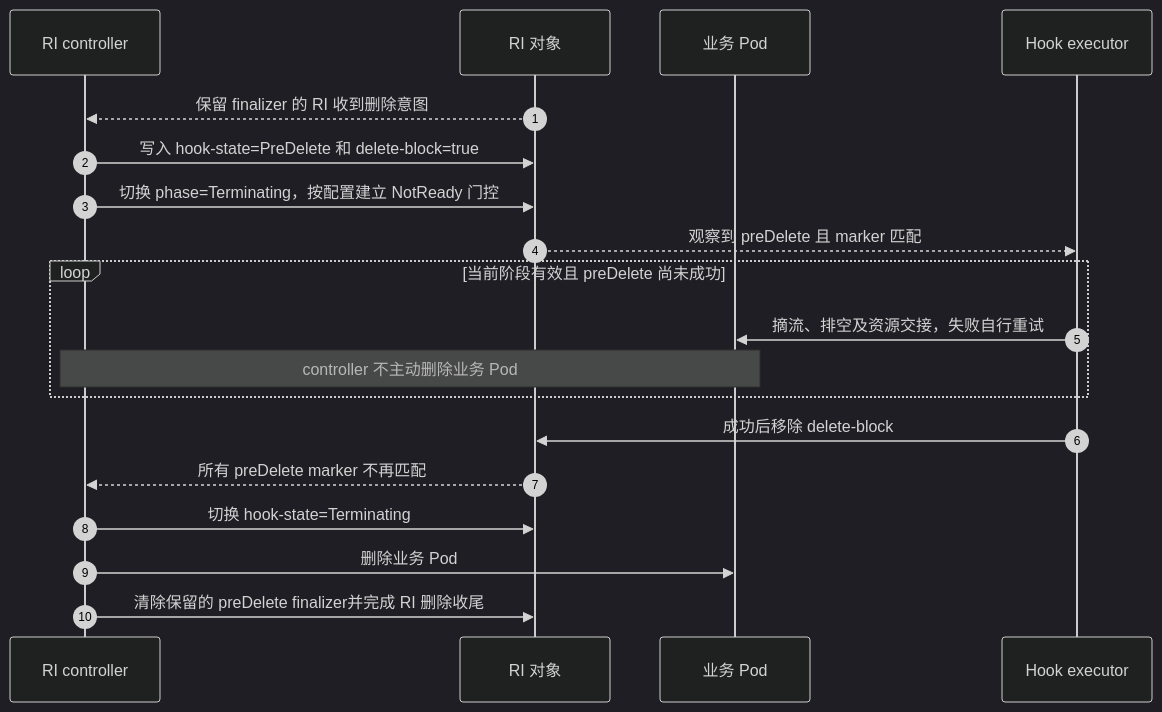
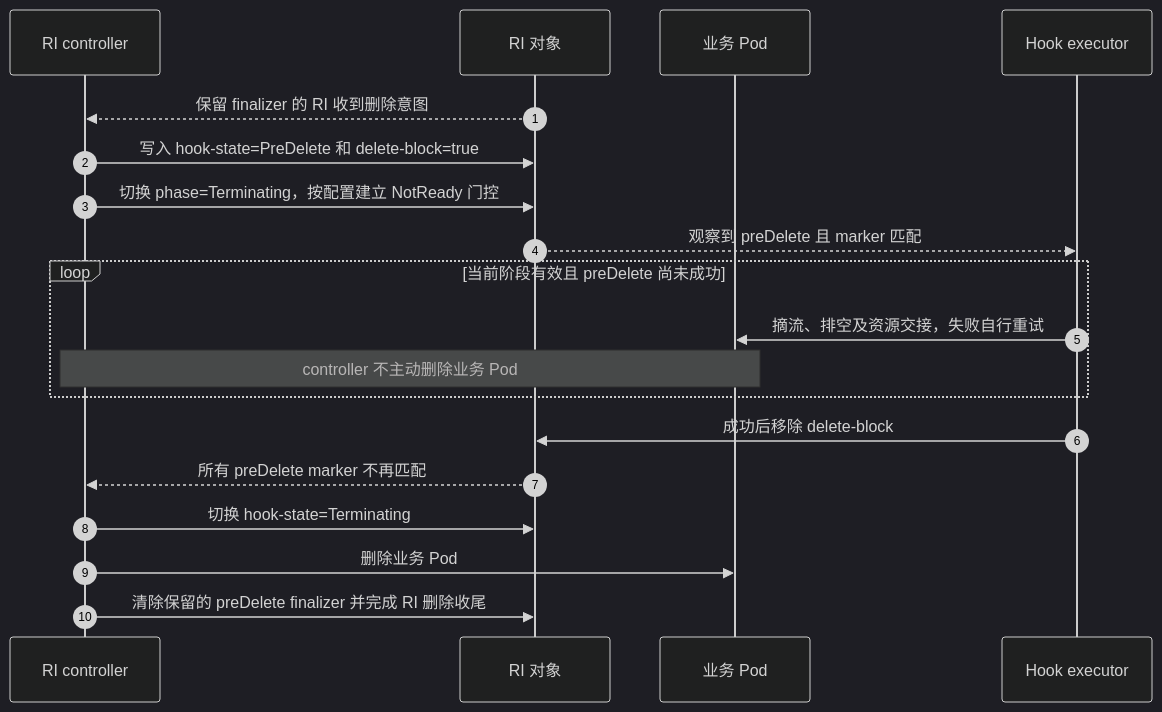
One commit to sgl-project/rbg changed the fourth of 4 diagrams in keps/527-roleinstance-lifecycle/README.zh-CN.md. Above: the diagram before and after it, drawn with Mermaid (dark theme). The commit also changed other lines of this file and 1 other file, not shown here.

````diff
--- a/keps/527-roleinstance-lifecycle/README.zh-CN.md
+++ b/keps/527-roleinstance-lifecycle/README.zh-CN.md
@@ -491,21 +494,21 @@
 ```mermaid
 sequenceDiagram
     autonumber
     participant C as RI controller
     participant R as RI 对象
     participant P as 业务 Pod
     participant E as Hook executor
     R-->>C: 保留 finalizer 的 RI 收到删除意图
     C->>R: 写入 hook-state=PreDelete 和 delete-block=true
     C->>R: 切换 phase=Terminating，按配置建立 NotReady 门控
     R-->>E: 观察到 preDelete 且 marker 匹配
     loop 当前阶段有效且 preDelete 尚未成功
         E->>P: 摘流、排空及资源交接，失败自行重试
         Note over C,P: controller 不主动删除业务 Pod
     end
     E->>R: 成功后移除 delete-block
     R-->>C: 所有 preDelete marker 不再匹配
     C->>R: 切换 hook-state=Terminating
     C->>P: 删除业务 Pod
-    C->>R: 清除保留的 preDelete finalizer并完成 RI 删除收尾
+    C->>R: 清除保留的 preDelete finalizer 并完成 RI 删除收尾
 ```
````
